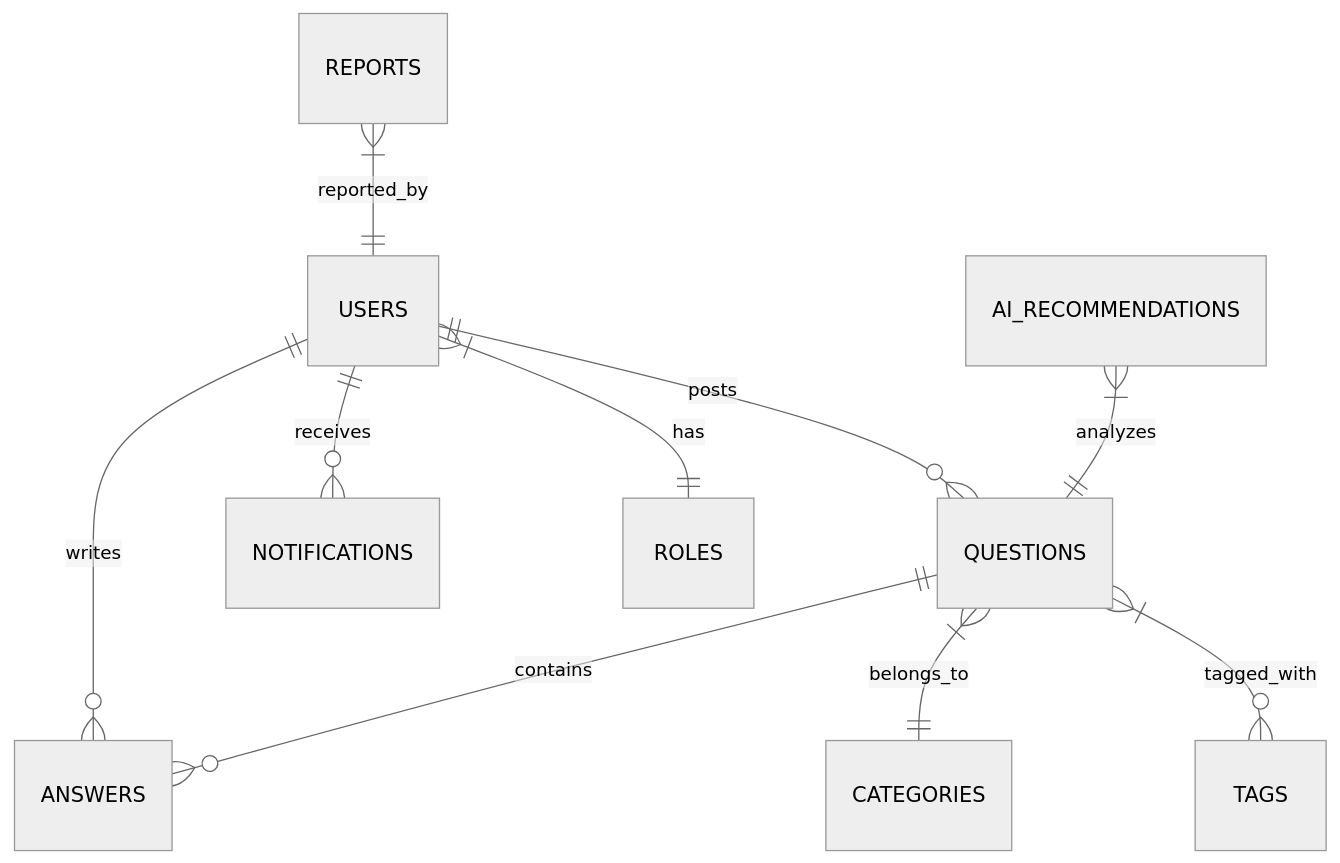
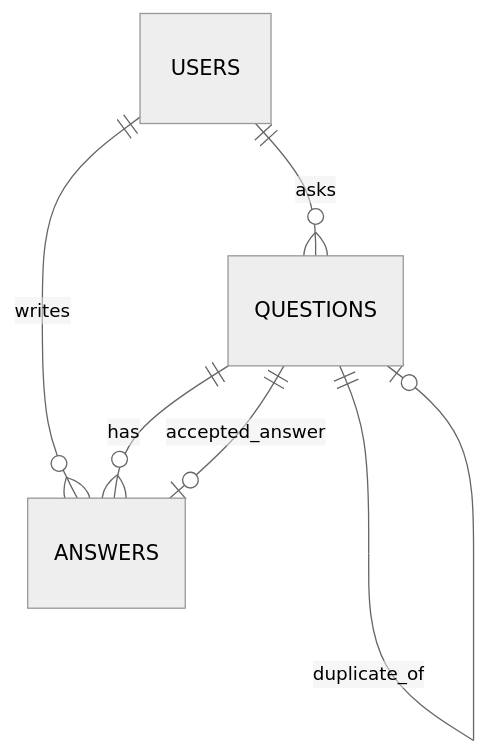
One commit to Krishna009-pro/CrowdFAQ changed the diagram in database/README.md. Above: the diagram before and after it, drawn with Mermaid (neutral theme). The commit also changed other lines of this file and 2 other files, not shown here.

````diff
--- a/database/README.md
+++ b/database/README.md
@@ -18,15 +34,8 @@
 ```mermaid
 erDiagram
-    USERS ||--o{ QUESTIONS : "posts"
+    USERS ||--o{ QUESTIONS : "asks"
     USERS ||--o{ ANSWERS : "writes"
-    USERS ||--o{ NOTIFICATIONS : "receives"
-    USERS }|--|| ROLES : "has"
-    
-    QUESTIONS ||--o{ ANSWERS : "contains"
-    QUESTIONS }|--|| CATEGORIES : "belongs_to"
-    QUESTIONS }|--o{ TAGS : "tagged_with"
-    
-    REPORTS }|--|| USERS : "reported_by"
-    
-    AI_RECOMMENDATIONS }|--|| QUESTIONS : "analyzes"
+    QUESTIONS ||--o{ ANSWERS : "has"
+    QUESTIONS ||--o| ANSWERS : "accepted_answer"
+    QUESTIONS ||--o| QUESTIONS : "duplicate_of"
 ```
````
